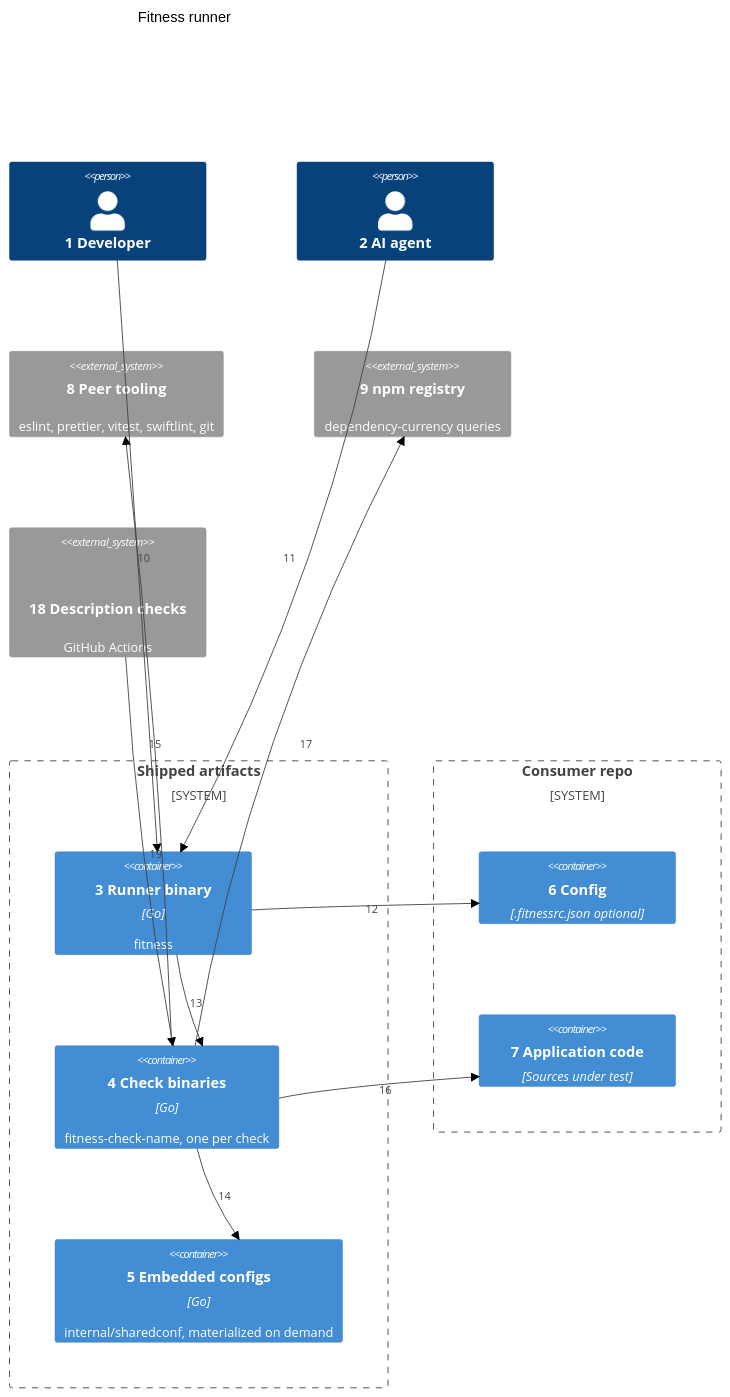
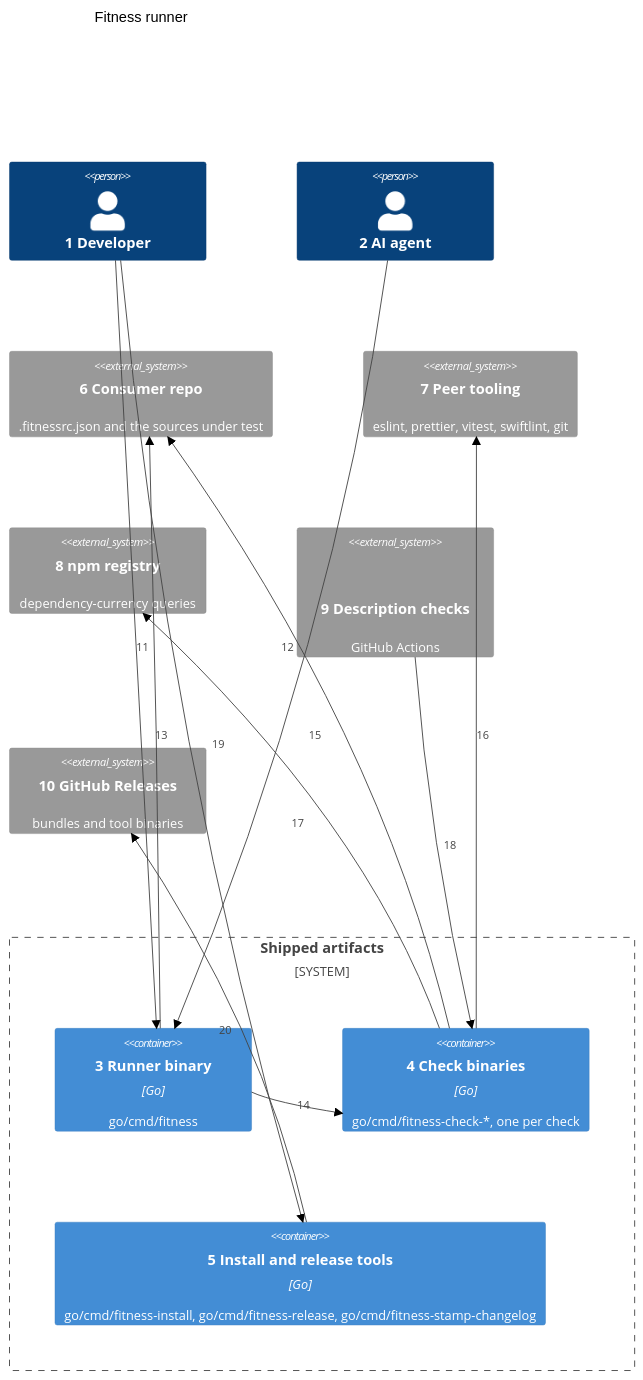
One commit to may-journal/fitness-runner changed the first of 2 diagrams in docs/architecture/02-containers.md. Above: the diagram before and after it, drawn with Mermaid (forest theme). The commit also changed other lines of this file and 24 other files, not shown here.

First line of the commit message:
feat(architecture): match container views to shipped runtimes

````diff
--- a/docs/architecture/02-containers.md
+++ b/docs/architecture/02-containers.md
@@ -7,32 +7,30 @@
 ```mermaid
 C4Container
     title Fitness runner
 
     Person(developer, "1 Developer")
     Person(agent, "2 AI agent")
 
     System_Boundary(ship, "Shipped artifacts") {
-        Container(cli, "3 Runner binary", "Go", "fitness")
-        Container(checks, "4 Check binaries", "Go", "fitness-check-name, one per check")
-        Container(shared, "5 Embedded configs", "Go", "internal/sharedconf, materialized on demand")
+        Container(cli, "3 Runner binary", "Go", "go/cmd/fitness")
+        Container(checks, "4 Check binaries", "Go", "go/cmd/fitness-check-*, one per check")
+        Container(tools, "5 Install and release tools", "Go", "go/cmd/fitness-install, go/cmd/fitness-release, go/cmd/fitness-stamp-changelog")
     }
 
-    System_Boundary(consumer, "Consumer repo") {
-        Container(rc, "6 Config", ".fitnessrc.json optional")
-        Container(code, "7 Application code", "Sources under test")
-    }
+    System_Ext(consumer, "6 Consumer repo", ".fitnessrc.json and the sources under test")
+    System_Ext(peers, "7 Peer tooling", "eslint, prettier, vitest, swiftlint, git")
+    System_Ext(registry, "8 npm registry", "dependency-currency queries")
+    System_Ext(ci, "9 Description checks", "GitHub Actions", "plan-check and pr-check")
+    System_Ext(releases, "10 GitHub Releases", "bundles and tool binaries")
 
-    System_Ext(tools, "8 Peer tooling", "eslint, prettier, vitest, swiftlint, git")
-    System_Ext(registry, "9 npm registry", "dependency-currency queries")
-    System_Ext(ci, "18 Description checks", "GitHub Actions", "plan-check and pr-check")
-
-    Rel(developer, cli, "10")
-    Rel(agent, cli, "11")
-    Rel(cli, rc, "12")
-    Rel(cli, checks, "13")
-    Rel(checks, shared, "14")
-    Rel(checks, tools, "15")
-    Rel(checks, code, "16")
+    Rel(developer, cli, "11")
+    Rel(agent, cli, "12")
+    Rel(cli, consumer, "13")
+    Rel(cli, checks, "14")
+    Rel(checks, consumer, "15")
+    Rel(checks, peers, "16")
     Rel(checks, registry, "17")
-    Rel(ci, checks, "19")
+    Rel(ci, checks, "18")
+    Rel(developer, tools, "19")
+    Rel(tools, releases, "20")
 ```
````
